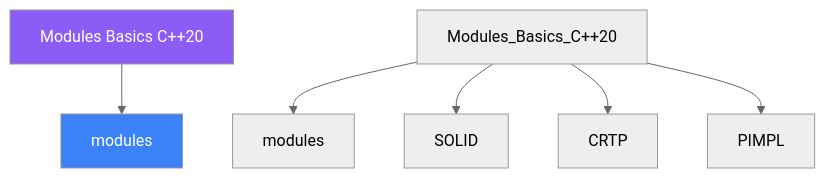
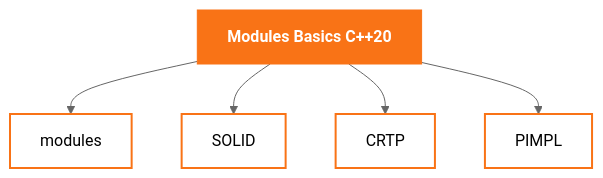
One commit to AI-Maddy/Learn-Modern-CPP-OOP-30-Days changed the diagram in mkdocs-site/docs/days/day-16/02-definition.md. Above: the diagram before and after it, drawn with Mermaid (neutral theme). The commit also changed 99 other files, not shown here.

````diff
--- a/mkdocs-site/docs/days/day-16/02-definition.md
+++ b/mkdocs-site/docs/days/day-16/02-definition.md
@@ -133,10 +133,12 @@
 ```mermaid
 graph TD
-    ROOT["Modules Basics C++20"] --> A["modules"]
-    Modules_Basics_C++20 --> modules["modules"]
-    Modules_Basics_C++20 --> SOLID["SOLID"]
-    Modules_Basics_C++20 --> CRTP["CRTP"]
-    Modules_Basics_C++20 --> PIMPL["PIMPL"]
-    style ROOT fill:#8b5cf6,color:#fff
-    style A    fill:#3b82f6,color:#fff
+    ROOT["Modules Basics C++20"]
+    ROOT --> n0["modules"]
+    ROOT --> n1["SOLID"]
+    ROOT --> n2["CRTP"]
+    ROOT --> n3["PIMPL"]
+    classDef topic fill:#f97316,stroke:#f97316,color:#ffffff,font-weight:bold
+    classDef concept fill:transparent,stroke:#f97316,stroke-width:2px
+    class ROOT topic
+    class n0,n1,n2,n3 concept
 ```
````
